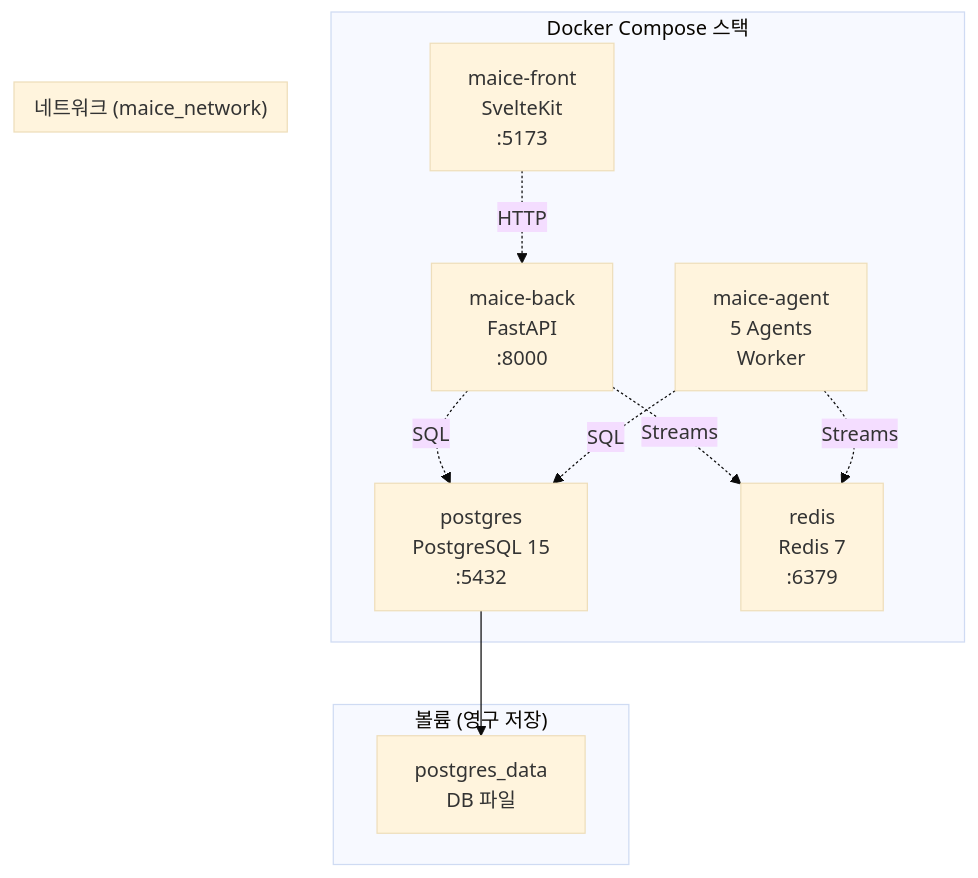
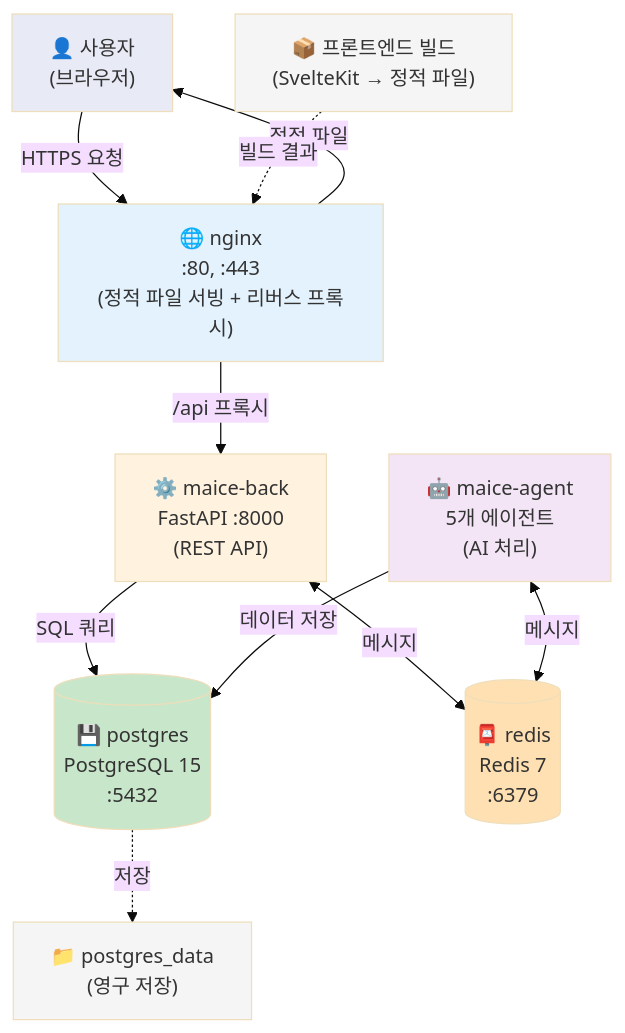
Before and after one commit to KimKyuBong/maice-paper-deploy: diagram 14 of 16 in docs/chapters/04-system-implementation.md, drawn with Mermaid (base theme). The commit also changed other lines of this file and 79 other files, not shown here.

````diff
--- a/docs/chapters/04-system-implementation.md
+++ b/docs/chapters/04-system-implementation.md
@@ -817,24 +820,33 @@
 ```mermaid
-graph TB
-    subgraph "Docker Compose 스택"
-        A[maice-front<br/>SvelteKit<br/>:5173]
-        B[maice-back<br/>FastAPI<br/>:8000]
-        C[maice-agent<br/>5 Agents<br/>Worker]
-        D[postgres<br/>PostgreSQL 15<br/>:5432]
-        E[redis<br/>Redis 7<br/>:6379]
-    end
+flowchart TB
+    User["👤 사용자<br/>(브라우저)"]
+    Nginx["🌐 nginx<br/>:80, :443<br/>(정적 파일 서빙 + 리버스 프록시)"]
+    Back["⚙️ maice-back<br/>FastAPI :8000<br/>(REST API)"]
+    Agent["🤖 maice-agent<br/>5개 에이전트<br/>(AI 처리)"]
     
-    subgraph "네트워크 (maice_network)"
-        A -.->|HTTP| B
-        B -.->|SQL| D
-        B -.->|Streams| E
-        C -.->|Streams| E
-        C -.->|SQL| D
-    end
+    DB[("💾 postgres<br/>PostgreSQL 15<br/>:5432")]
+    Redis[("📮 redis<br/>Redis 7<br/>:6379")]
     
-    subgraph "볼륨 (영구 저장)"
-        V1[postgres_data<br/>DB 파일]
-    end
+    FrontBuild["📦 프론트엔드 빌드<br/>(SvelteKit → 정적 파일)"]
+    Volume["📁 postgres_data<br/>(영구 저장)"]
     
-    D --> V1
+    User -->|HTTPS 요청| Nginx
+    Nginx -->|정적 파일| User
+    Nginx -->|/api 프록시| Back
+    FrontBuild -.->|빌드 결과| Nginx
+    
+    Back -->|SQL 쿼리| DB
+    Back <-->|메시지| Redis
+    Agent <-->|메시지| Redis
+    Agent -->|데이터 저장| DB
+    DB -.->|저장| Volume
+    
+    style User fill:#E8EAF6
+    style Nginx fill:#E3F2FD
+    style Back fill:#FFF3E0
+    style Agent fill:#F3E5F5
+    style DB fill:#C8E6C9
+    style Redis fill:#FFE0B2
+    style FrontBuild fill:#F5F5F5
+    style Volume fill:#F5F5F5
 ```
````
